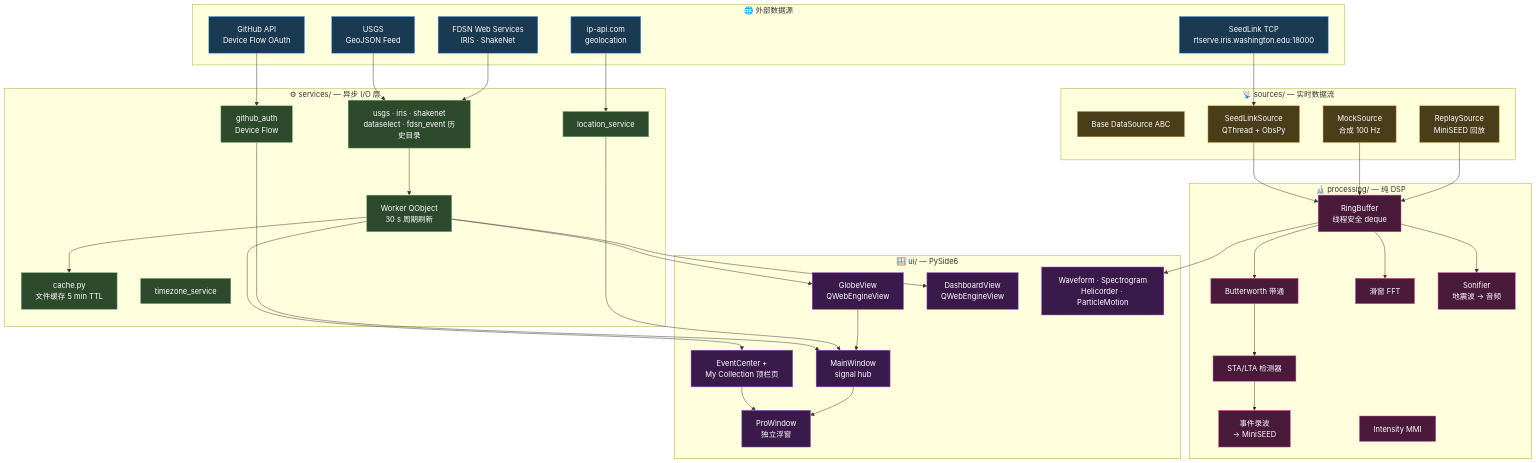
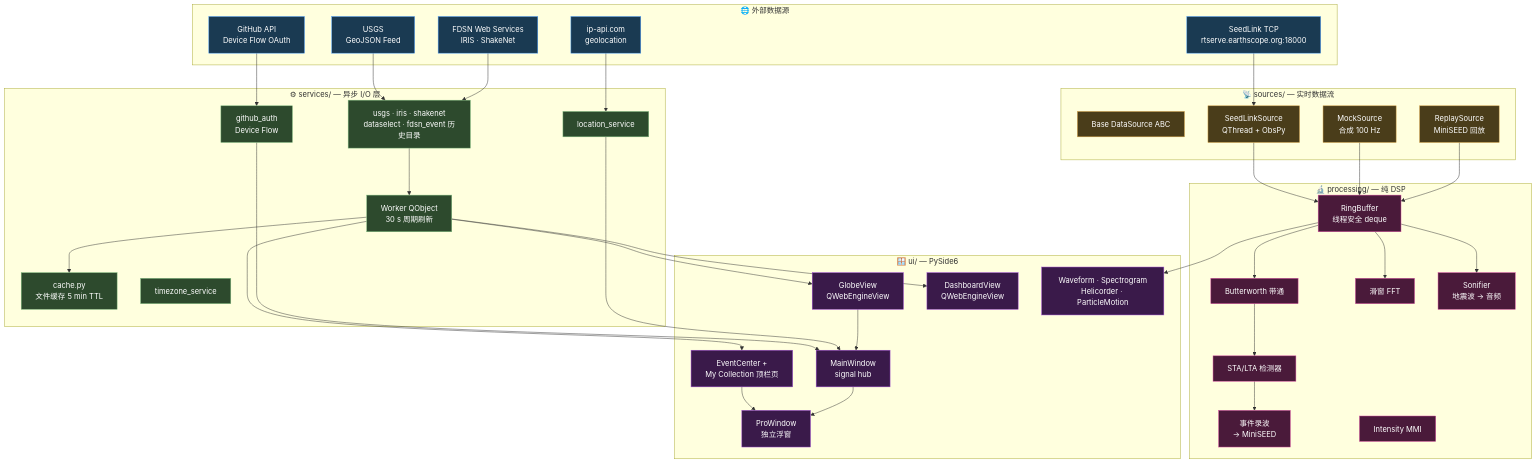
One commit to yiaogit/seismic-shakevision changed the first of 5 diagrams in README.md. Above: the diagram before and after it, drawn with Mermaid. The commit also changed other lines of this file and 16 other files, not shown here.

Commit message:
fix(seedlink): migrate to EarthScope rtserve.earthscope.org; 0.9.0.3

````diff
--- a/README.md
+++ b/README.md
@@ -262,77 +262,77 @@
 ```mermaid
 graph TB
     subgraph external[" 🌐 外部数据源"]
         USGS[USGS<br/>GeoJSON Feed]
         FDSN[FDSN Web Services<br/>IRIS · ShakeNet]
-        SL[SeedLink TCP<br/>rtserve.iris.washington.edu:18000]
+        SL[SeedLink TCP<br/>rtserve.earthscope.org:18000]
         GH[GitHub API<br/>Device Flow OAuth]
         IP[ip-api.com<br/>geolocation]
     end
 
     subgraph services[" ⚙ services/ — 异步 I/O 层"]
         Worker[Worker QObject<br/>30 s 周期刷新]
         Clients[usgs · iris · shakenet<br/>dataselect · fdsn_event 历史目录]
         Cache[cache.py<br/>文件缓存 5 min TTL]
         Auth[github_auth<br/>Device Flow]
         TZ[timezone_service]
         Loc[location_service]
     end
 
     subgraph sources[" 📡 sources/ — 实时数据流"]
         Base[Base DataSource ABC]
         Seedlink[SeedLinkSource<br/>QThread + ObsPy]
         Replay[ReplaySource<br/>MiniSEED 回放]
         Mock[MockSource<br/>合成 100 Hz]
     end
 
     subgraph proc[" 🔬 processing/ — 纯 DSP"]
         Buffer[RingBuffer<br/>线程安全 deque]
         Filter[Butterworth 带通]
         Detect[STA/LTA 检测器]
         Spec[滑窗 FFT]
         Rec[事件录波<br/>→ MiniSEED]
         Son[Sonifier<br/>地震波 → 音频]
         Int[Intensity MMI]
     end
 
     subgraph ui[" 🪟 ui/ — PySide6"]
         Main[MainWindow<br/>signal hub]
         Globe[GlobeView<br/>QWebEngineView]
         Dash[DashboardView<br/>QWebEngineView]
         Pro[ProWindow<br/>独立浮窗]
         Events[EventCenter +<br/>My Collection 顶栏页]
         Widgets[Waveform · Spectrogram<br/>Helicorder · ParticleMotion]
     end
 
     USGS --> Clients --> Worker
     FDSN --> Clients
     Worker --> Cache
     Worker --> Globe
     Worker --> Dash
     Worker --> Events
     Events --> Pro
 
     SL --> Seedlink --> Buffer
     Mock --> Buffer
     Replay --> Buffer
 
     Buffer --> Filter --> Detect --> Rec
     Buffer --> Spec
     Buffer --> Son
     Buffer --> Widgets
 
     GH --> Auth --> Main
     IP --> Loc --> Main
     Globe --> Main --> Pro
 
     classDef ext fill:#1a3a52,stroke:#4a9eff,color:#fff
     classDef svc fill:#2d4a2d,stroke:#7fbb7f,color:#fff
     classDef src fill:#4a3d1a,stroke:#d4a043,color:#fff
     classDef ds fill:#4a1a3a,stroke:#d44a9e,color:#fff
     classDef uic fill:#3a1a4a,stroke:#9e4ad4,color:#fff
     class USGS,FDSN,SL,GH,IP ext
     class Worker,Clients,Cache,Auth,TZ,Loc svc
     class Base,Seedlink,Replay,Mock src
     class Buffer,Filter,Detect,Spec,Rec,Son,Int ds
     class Main,Globe,Dash,Pro,Events,Widgets uic
 ```
````
